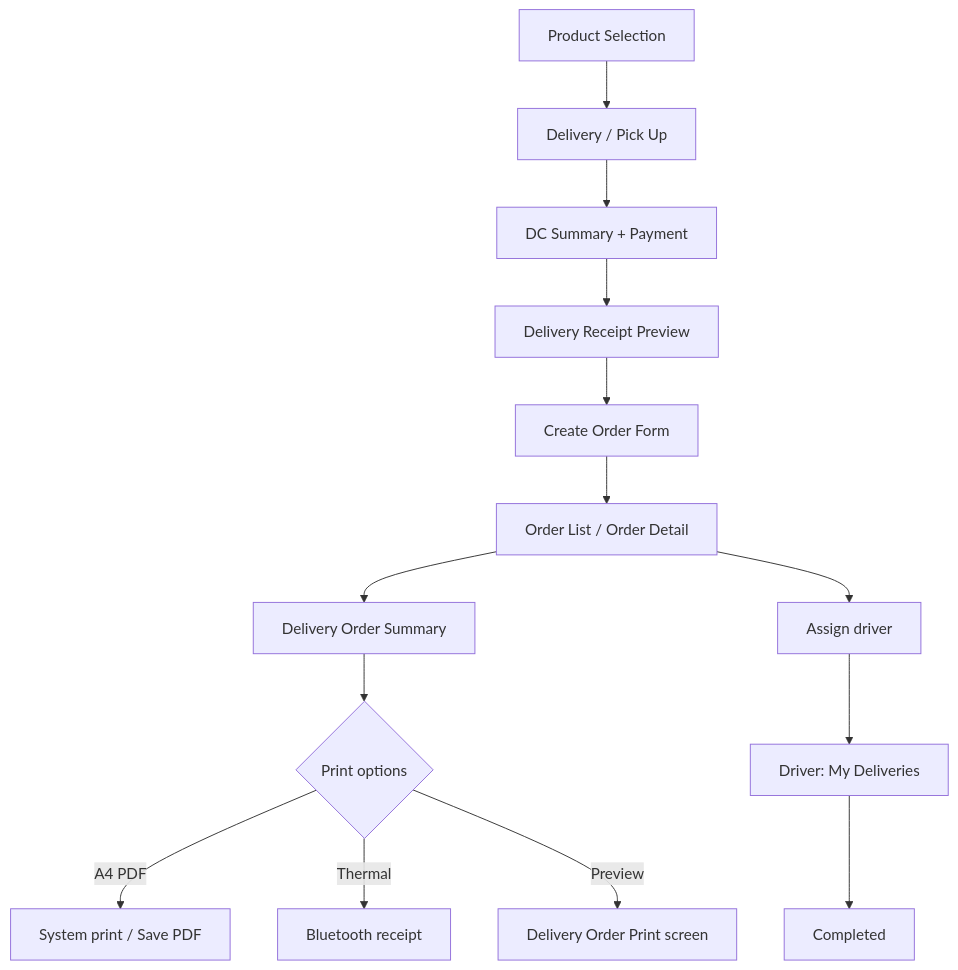
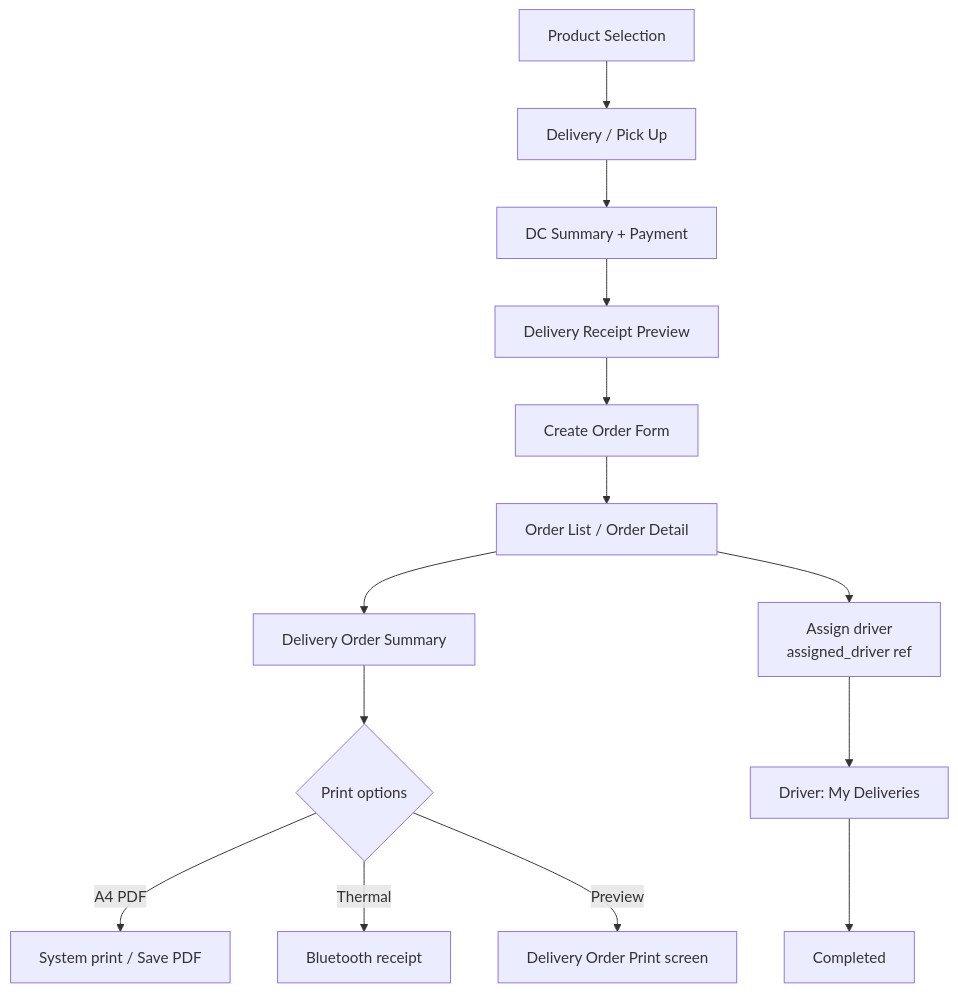
The fourth of 9 diagrams in docs/WORKFLOW.md (kahliantoo-rgb/tfg_vday), drawn with Mermaid before and after one commit. The commit also changed other lines of this file and 35 other files, not shown here.

````diff
--- a/docs/WORKFLOW.md
+++ b/docs/WORKFLOW.md
@@ -104,16 +136,16 @@
 ```mermaid
 flowchart TD
     A[Product Selection] --> B[Delivery / Pick Up]
     B --> C[DC Summary + Payment]
     C --> D[Delivery Receipt Preview]
     D --> E[Create Order Form]
     E --> F[Order List / Order Detail]
     F --> G[Delivery Order Summary]
     G --> H{Print options}
     H -->|A4 PDF| I[System print / Save PDF]
     H -->|Thermal| J[Bluetooth receipt]
     H -->|Preview| K[Delivery Order Print screen]
-    F --> L[Assign driver]
+    F --> L[Assign driver<br/>assigned_driver ref]
     L --> M[Driver: My Deliveries]
     M --> N[Completed]
 ```
````
